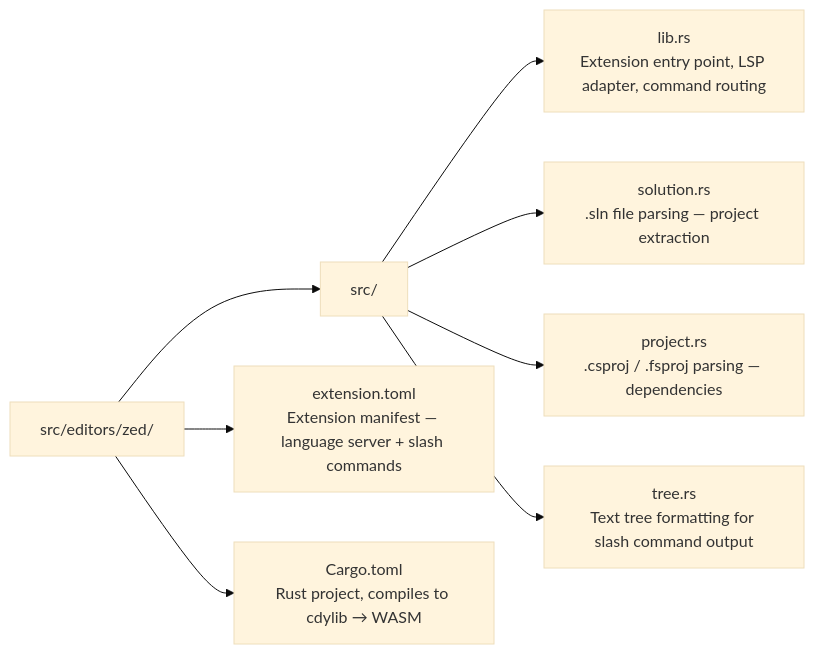
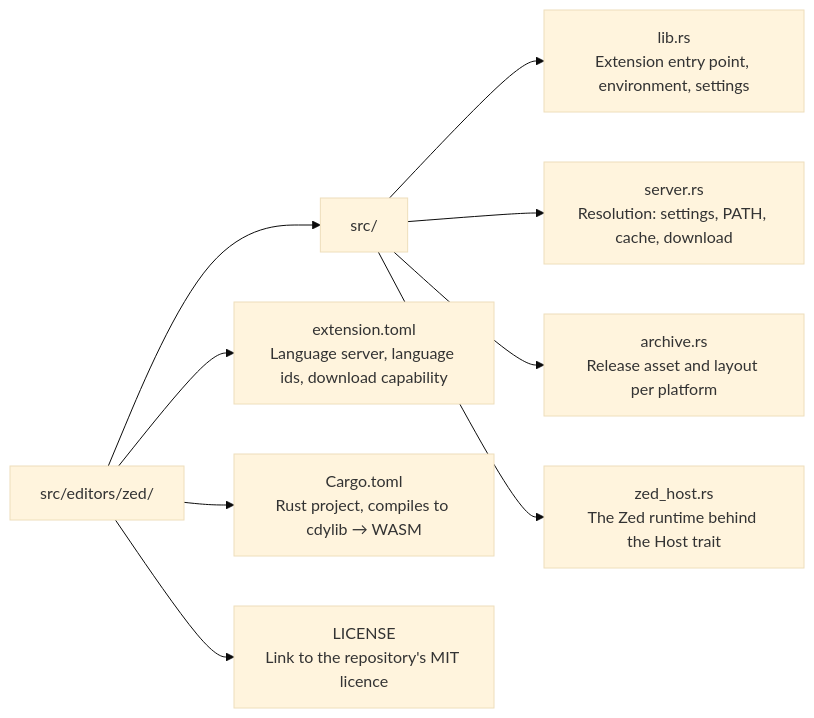
Before and after one commit to Nimblesite/SharpLsp: the second of 2 diagrams in docs/plans/ZED-PLAN.md, drawn with Mermaid (base theme). The commit also changed other lines of this file and 84 other files, not shown here.

````diff
--- a/docs/plans/ZED-PLAN.md
+++ b/docs/plans/ZED-PLAN.md
@@ -64,10 +63,11 @@
 ```mermaid
 flowchart LR
     ROOT["src/editors/zed/"] --> SRC["src/"]
-    ROOT --> MANIFEST["extension.toml<br/>Extension manifest — language server + slash commands"]
+    ROOT --> MANIFEST["extension.toml<br/>Language server, language ids, download capability"]
     ROOT --> CARGO["Cargo.toml<br/>Rust project, compiles to cdylib → WASM"]
-    SRC --> LIB["lib.rs<br/>Extension entry point, LSP adapter, command routing"]
-    SRC --> SOLUTION["solution.rs<br/>.sln file parsing — project extraction"]
-    SRC --> PROJECT["project.rs<br/>.csproj / .fsproj parsing — dependencies"]
-    SRC --> TREE["tree.rs<br/>Text tree formatting for slash command output"]
+    ROOT --> LICENSE["LICENSE<br/>Link to the repository's MIT licence"]
+    SRC --> LIB["lib.rs<br/>Extension entry point, environment, settings"]
+    SRC --> SERVER["server.rs<br/>Resolution: settings, PATH, cache, download"]
+    SRC --> ARCHIVE["archive.rs<br/>Release asset and layout per platform"]
+    SRC --> HOST["zed_host.rs<br/>The Zed runtime behind the Host trait"]
 ```
````
